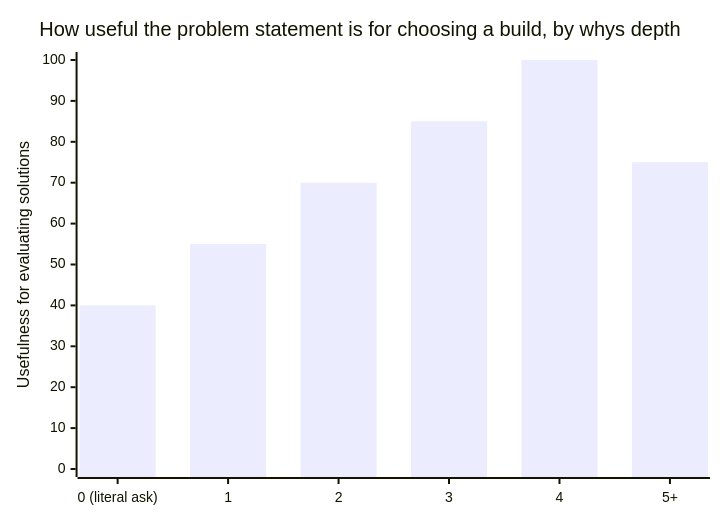
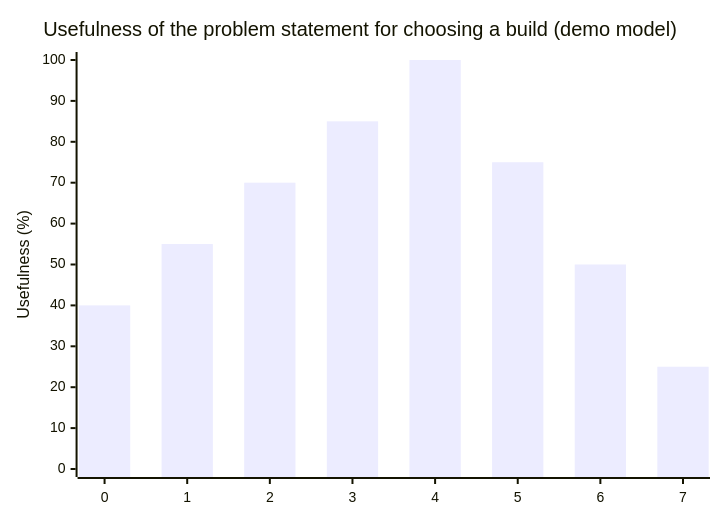
The second of 3 diagrams in src/content/product-domain/understanding-user-s-problem-solution/L2-concept.mdx (francoandreDev/knowledge), drawn with Mermaid before and after one commit. The commit also changed other lines of this file and 3 other files, not shown here.

Commit message:
Migrate product-domain/understanding-user-s-problem-solution to the three-tier exercise model

````diff
--- a/src/content/product-domain/understanding-user-s-problem-solution/L2-concept.mdx
+++ b/src/content/product-domain/understanding-user-s-problem-solution/L2-concept.mdx
@@ -92,7 +58,7 @@
 ```mermaid
 xychart-beta
-    title "How useful the problem statement is for choosing a build, by whys depth"
-    x-axis ["0 (literal ask)", "1", "2", "3", "4", "5+"]
-    y-axis "Usefulness for evaluating solutions" 0 --> 100
-    bar [40, 55, 70, 85, 100, 75]
+    title "Usefulness of the problem statement for choosing a build (demo model)"
+    x-axis ["0", "1", "2", "3", "4", "5", "6", "7"]
+    y-axis "Usefulness (%)" 0 --> 100
+    bar [40, 55, 70, 85, 100, 75, 50, 25]
 ```
````
